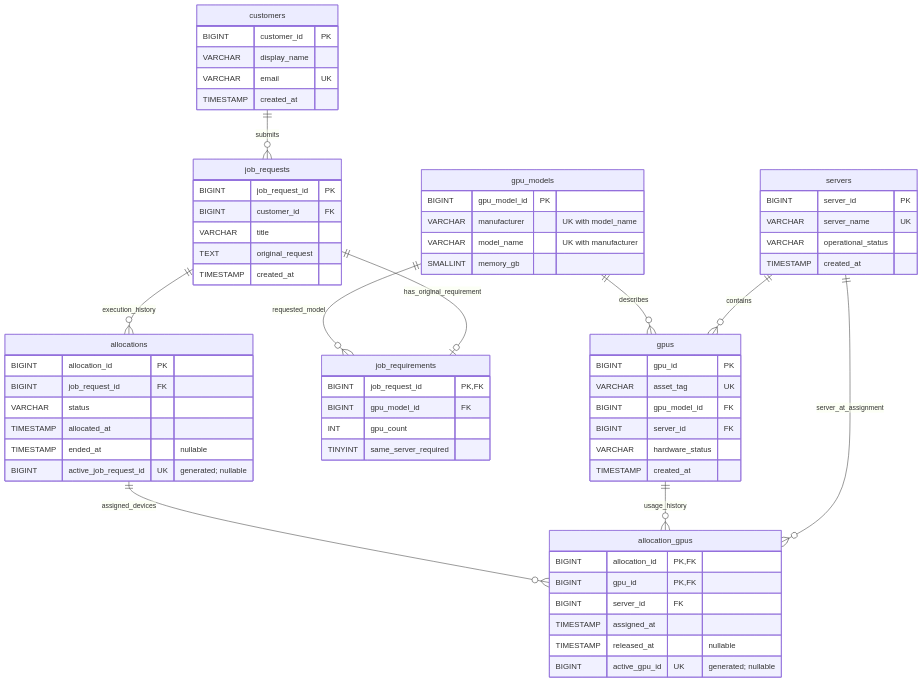
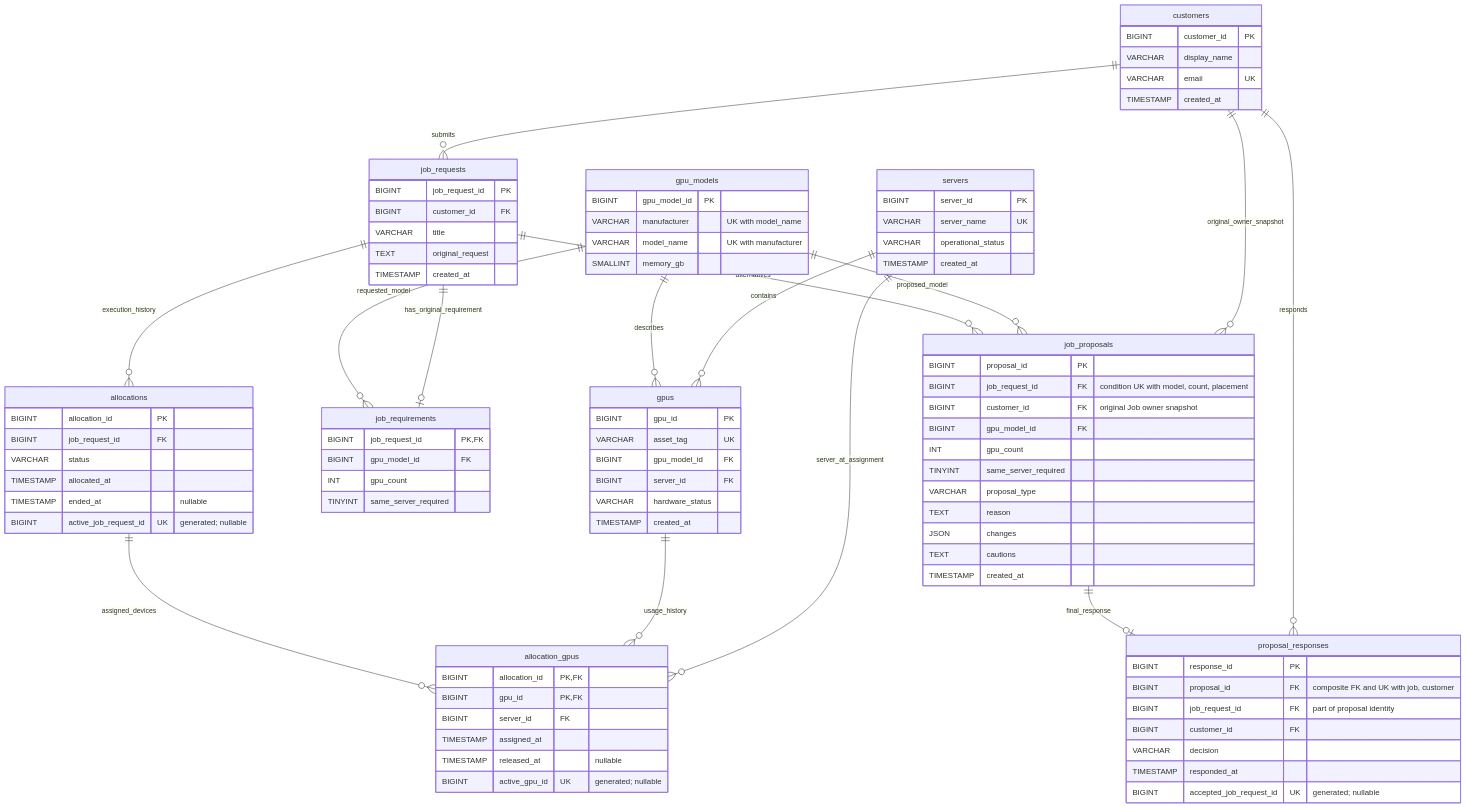
The diagram in database/erd.md (hahyeong12/AIDC-Workload-Matcher), drawn with Mermaid before and after one commit. The commit also changed other lines of this file and 24 other files, not shown here.

Commit message:
feat: implement v0.3-1 workload alternatives and customer consent

````diff
--- a/database/erd.md
+++ b/database/erd.md
@@ -14,6 +14,11 @@
     allocations ||--o{ allocation_gpus : assigned_devices
     gpus ||--o{ allocation_gpus : usage_history
     servers ||--o{ allocation_gpus : server_at_assignment
+    job_requests ||--o{ job_proposals : alternatives
+    gpu_models ||--o{ job_proposals : proposed_model
+    customers ||--o{ job_proposals : original_owner_snapshot
+    job_proposals ||--o| proposal_responses : final_response
+    customers ||--o{ proposal_responses : responds
 
     customers {
         BIGINT customer_id PK
@@ -70,4 +75,26 @@
         TIMESTAMP released_at "nullable"
         BIGINT active_gpu_id UK "generated; nullable"
     }
+    job_proposals {
+        BIGINT proposal_id PK
+        BIGINT job_request_id FK "condition UK with model, count, placement"
+        BIGINT customer_id FK "original Job owner snapshot"
+        BIGINT gpu_model_id FK
+        INT gpu_count
+        TINYINT same_server_required
+        VARCHAR proposal_type
+        TEXT reason
+        JSON changes
+        TEXT cautions
+        TIMESTAMP created_at
+    }
+    proposal_responses {
+        BIGINT response_id PK
+        BIGINT proposal_id FK "composite FK and UK with job, customer"
+        BIGINT job_request_id FK "part of proposal identity"
+        BIGINT customer_id FK
+        VARCHAR decision
+        TIMESTAMP responded_at
+        BIGINT accepted_job_request_id UK "generated; nullable"
+    }
 ```
````
